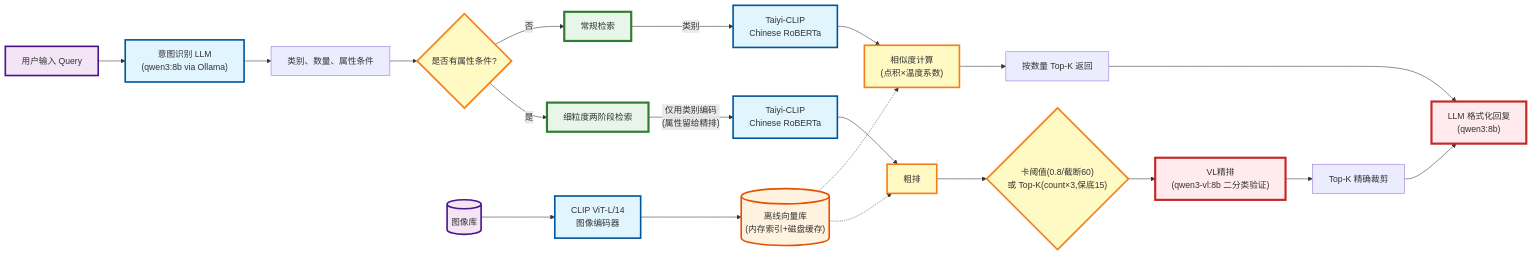
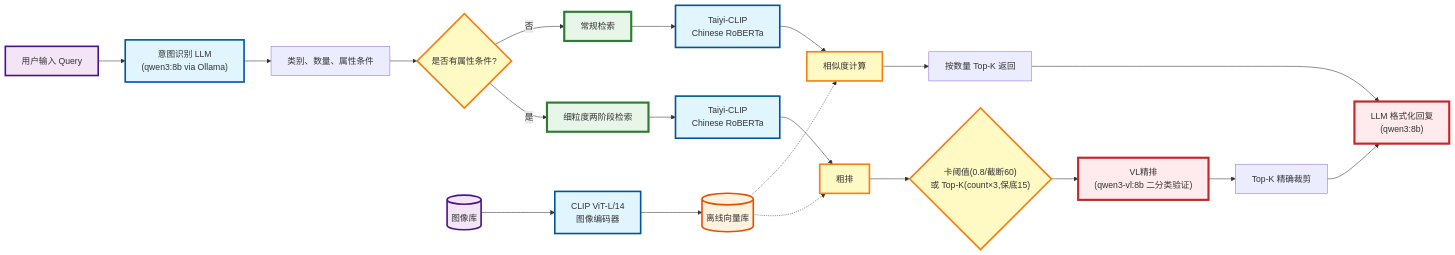
Before and after one commit to 214404225-spec/Multi-modal-Image-Retrieval-System: the diagram in v1.md, drawn with Mermaid.

````diff
--- a/v1.md
+++ b/v1.md
@@ -3,45 +3,45 @@
 ```mermaid
 flowchart LR
     %% 输入 -> LM 提取
     User["用户输入 Query"] --> Qwen-LM["意图识别 LLM<br/>(qwen3:8b via Ollama)"]
     Qwen-LM --> LM_output["类别、数量、属性条件"]
     LM_output --> HasAttr{"是否有属性条件?"}
 
     %% 图像库 -> 离线向量库
     ImageDB[("图像库")] --> CLIP_Vis_Offline["CLIP ViT-L/14<br/>图像编码器"]
-    CLIP_Vis_Offline --> VectorDB[("离线向量库<br/>(内存索引+磁盘缓存)")]
+    CLIP_Vis_Offline --> VectorDB[("离线向量库")]
 
     %% 无属性条件路径（常规检索）
     HasAttr -->|否| RegularPath["常规检索"]
-    RegularPath -->|类别| CLIP_Text["Taiyi-CLIP<br/>Chinese RoBERTa"]
-    CLIP_Text --> SimCalc["相似度计算<br/>(点积×温度系数)"]
+    RegularPath --> CLIP_Text["Taiyi-CLIP<br/>Chinese RoBERTa"]
+    CLIP_Text --> SimCalc["相似度计算"]
     VectorDB -.-> SimCalc
     SimCalc --> TopK1["按数量 Top-K 返回"]
 
     %% 有属性条件路径（细粒度两阶段检索）
     HasAttr -->|是| CoarseStage["细粒度两阶段检索"]
-    CoarseStage -->|"仅用类别编码<br/>(属性留给精排)"| CLIP_Text2["Taiyi-CLIP<br/>Chinese RoBERTa"]
+    CoarseStage --> CLIP_Text2["Taiyi-CLIP<br/>Chinese RoBERTa"]
     CLIP_Text2 --> CoarseRank["粗排"]
     VectorDB -.-> CoarseRank
     CoarseRank --> Strategy{"卡阈值(0.8/截断60)<br/>或 Top-K(count×3,保底15)"}
     Strategy --> VL_Refine["VL精排<br/>(qwen3-vl:8b 二分类验证)"]
     VL_Refine --> TopK2["Top-K 精确裁剪"]
 
     %% 回复格式化
     TopK1 --> FormatReply["LLM 格式化回复<br/>(qwen3:8b)"]
     TopK2 --> FormatReply
 
     classDef io fill:#f3e5f5,stroke:#4a148c,stroke-width:3px
     classDef model fill:#e1f5fe,stroke:#01579b,stroke-width:3px
     classDef data fill:#fff3e0,stroke:#e65100,stroke-width:3px
     classDef decision fill:#fff9c4,stroke:#f57f17,stroke-width:3px
     classDef stage fill:#e8f5e9,stroke:#2e7d32,stroke-width:4px
     classDef highlight fill:#ffebee,stroke:#c62828,stroke-width:4px
 
     class User,ImageDB io
     class Qwen-LM,CLIP_Text,CLIP_Text2,CLIP_Vis_Offline,VL_Refine model
     class VectorDB data
     class HasAttr,Strategy,SimCalc,CoarseRank decision
     class RegularPath,CoarseStage stage
     class VL_Refine,FormatReply highlight
 ```
````
